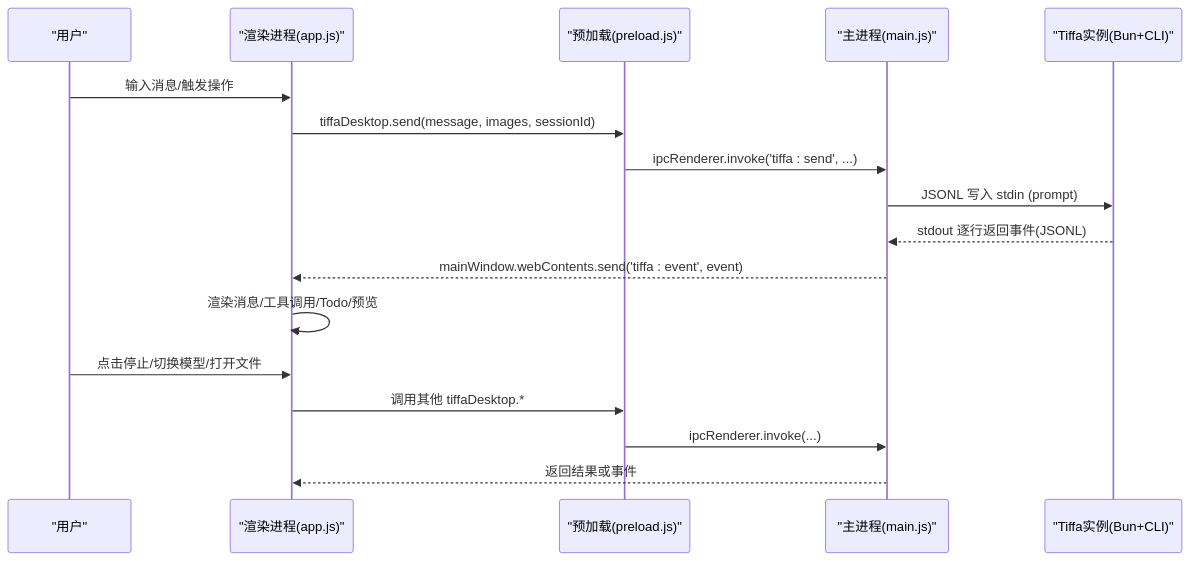
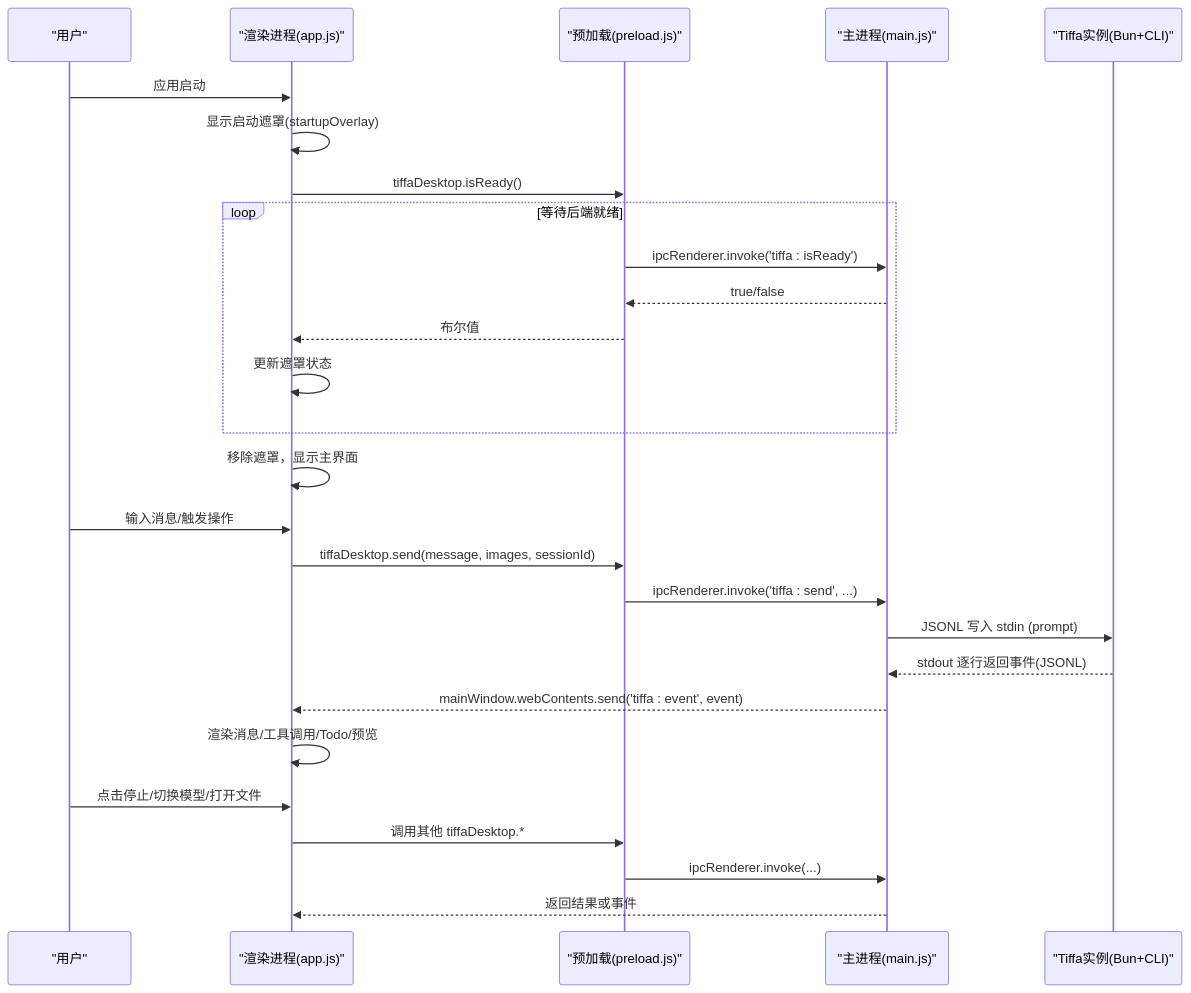
One commit to swond-Mao/Tiffa changed the second of 8 diagrams in .qoder/repowiki/zh/content/核心架构/Electron应用架构.md. Above: the diagram before and after it, drawn with Mermaid. The commit also changed other lines of this file and 359 other files, not shown here.

````diff
--- a/.qoder/repowiki/zh/content/核心架构/Electron应用架构.md
+++ b/.qoder/repowiki/zh/content/核心架构/Electron应用架构.md
@@ -100,19 +115,29 @@
 ```mermaid
 sequenceDiagram
 participant U as "用户"
 participant R as "渲染进程(app.js)"
 participant P as "预加载(preload.js)"
 participant M as "主进程(main.js)"
 participant I as "Tiffa实例(Bun+CLI)"
+U->>R : 应用启动
+R->>R : 显示启动遮罩(startupOverlay)
+R->>P : tiffaDesktop.isReady()
+loop 等待后端就绪
+P->>M : ipcRenderer.invoke('tiffa : isReady')
+M-->>P : true/false
+P-->>R : 布尔值
+R->>R : 更新遮罩状态
+end
+R->>R : 移除遮罩，显示主界面
 U->>R : 输入消息/触发操作
 R->>P : tiffaDesktop.send(message, images, sessionId)
 P->>M : ipcRenderer.invoke('tiffa : send', ...)
 M->>I : JSONL 写入 stdin (prompt)
 I-->>M : stdout 逐行返回事件(JSONL)
 M-->>R : mainWindow.webContents.send('tiffa : event', event)
 R->>R : 渲染消息/工具调用/Todo/预览
 U->>R : 点击停止/切换模型/打开文件
 R->>P : 调用其他 tiffaDesktop.*
 P->>M : ipcRenderer.invoke(...)
 M-->>R : 返回结果或事件
 ```
````
